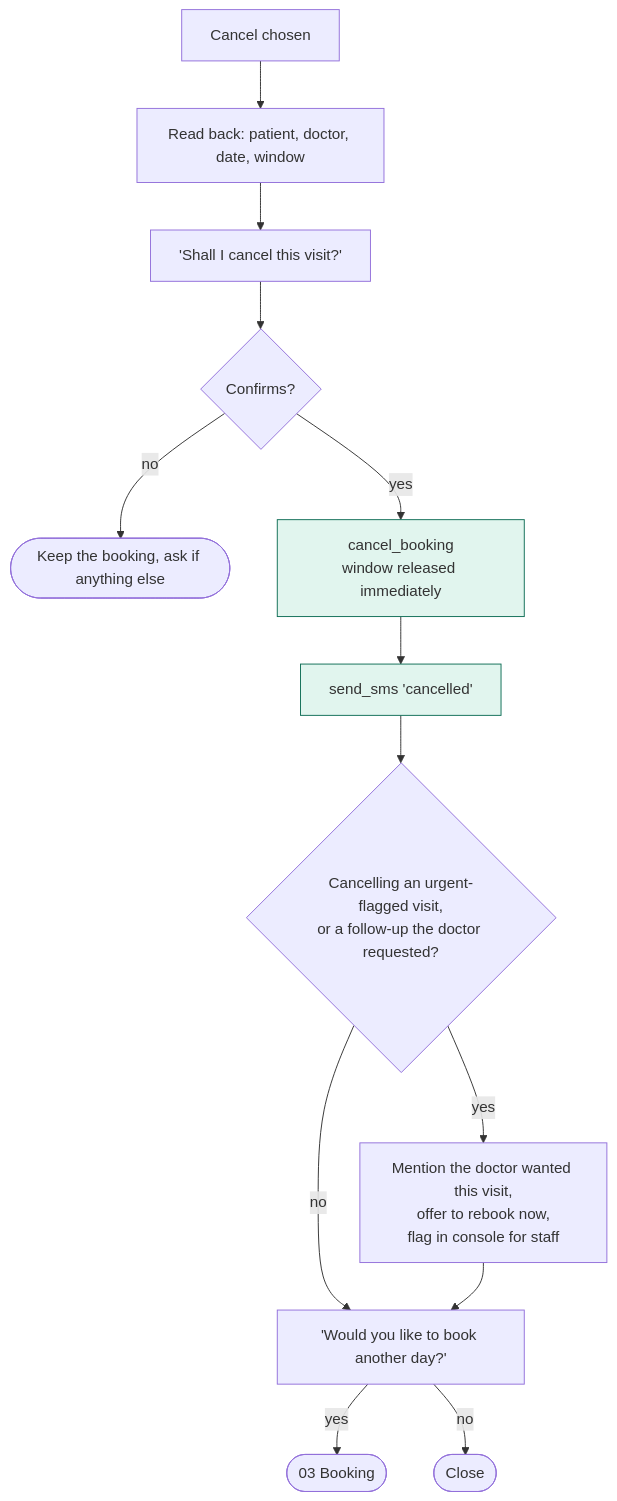
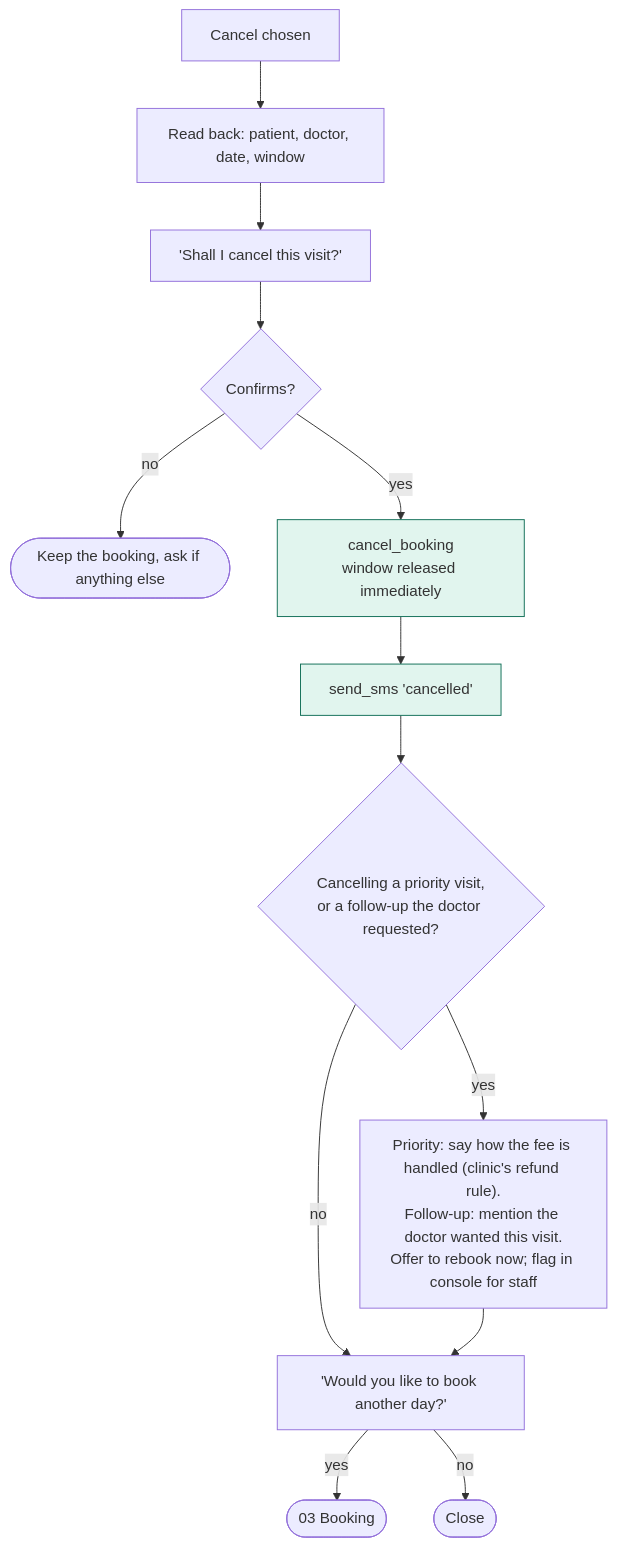
The third of 4 diagrams in docs/flows/04-reschedule-cancel-status.md (Anupamgt/tts-agent-1), drawn with Mermaid before and after one commit. The commit also changed other lines of this file and 15 other files, not shown here.

First line of the commit message:
Apply decisions 1, 3, 6, 7, 12, 13 to flows, schema and alignment

````diff
--- a/docs/flows/04-reschedule-cancel-status.md
+++ b/docs/flows/04-reschedule-cancel-status.md
@@ -53,18 +53,18 @@
 ```mermaid
 flowchart TD
     C0["Cancel chosen"] --> C1["Read back: patient, doctor, date, window"]
     C1 --> C2["'Shall I cancel this visit?'"]
     C2 --> C3{"Confirms?"}
     C3 -->|"no"| C3a(["Keep the booking, ask if anything else"])
     C3 -->|"yes"| C4["cancel_booking<br/>window released immediately"]
     C4 --> C5["send_sms 'cancelled'"]
-    C5 --> C6{"Cancelling an urgent-flagged visit,<br/>or a follow-up the doctor requested?"}
-    C6 -->|"yes"| C7["Mention the doctor wanted this visit,<br/>offer to rebook now,<br/>flag in console for staff"]
+    C5 --> C6{"Cancelling a priority visit,<br/>or a follow-up the doctor requested?"}
+    C6 -->|"yes"| C7["Priority: say how the fee is handled (clinic's refund rule).<br/>Follow-up: mention the doctor wanted this visit.<br/>Offer to rebook now; flag in console for staff"]
     C6 -->|"no"| C8["'Would you like to book another day?'"]
     C7 --> C8
     C8 -->|"yes"| BK(["03 Booking"])
     C8 -->|"no"| C9(["Close"])
 
     classDef agent fill:#e1f5ee,stroke:#0f6e56;
     class C4,C5 agent;
 ```
````
